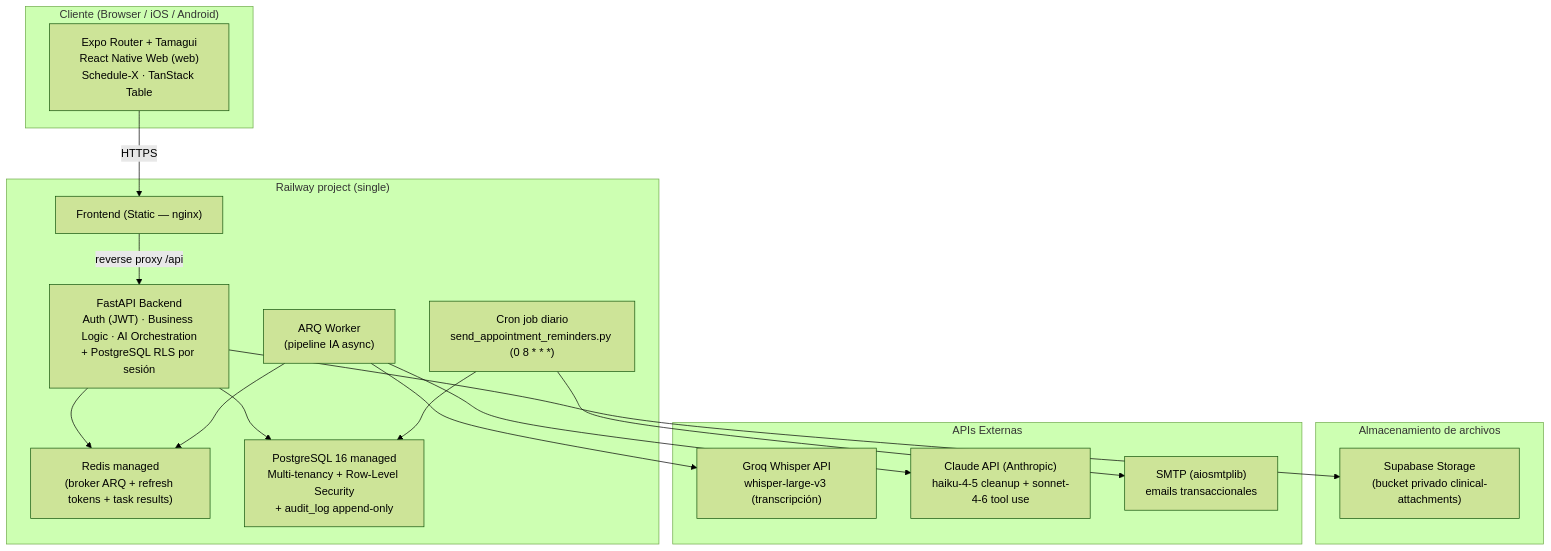
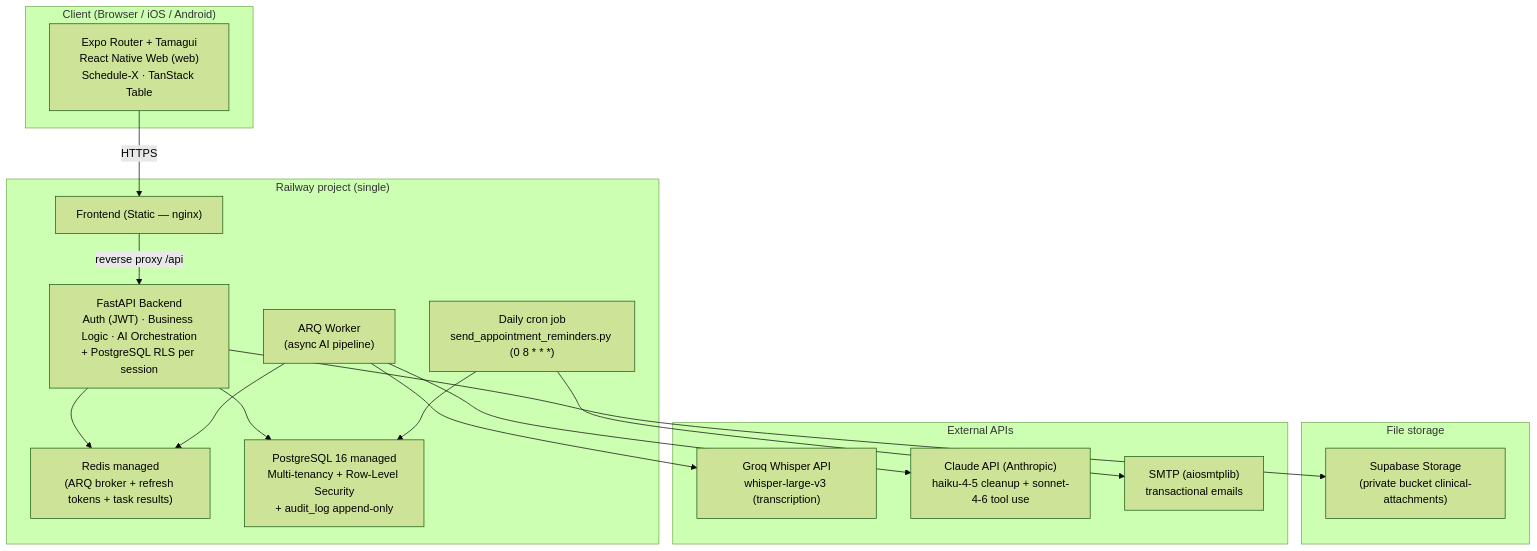
One commit to LIDR-academy/AI4Devs-finalproject changed the first of 3 diagrams in readme.md. Above: the diagram before and after it, drawn with Mermaid (forest theme). The commit also changed other lines of this file and 1 other file, not shown here.

````diff
--- a/readme.md
+++ b/readme.md
@@ -131,36 +131,36 @@
 ```mermaid
 flowchart TD
-  subgraph Client["Cliente (Browser / iOS / Android)"]
+  subgraph Client["Client (Browser / iOS / Android)"]
     FE["Expo Router + Tamagui<br/>React Native Web (web)<br/>Schedule-X · TanStack Table"]
   end
 
   subgraph Railway["Railway project (single)"]
     STATIC["Frontend (Static — nginx)"]
-    API["FastAPI Backend<br/>Auth (JWT) · Business Logic · AI Orchestration<br/>+ PostgreSQL RLS por sesión"]
-    ARQ["ARQ Worker<br/>(pipeline IA async)"]
-    CRON["Cron job diario<br/>send_appointment_reminders.py (0 8 * * *)"]
-    RED["Redis managed<br/>(broker ARQ + refresh tokens + task results)"]
+    API["FastAPI Backend<br/>Auth (JWT) · Business Logic · AI Orchestration<br/>+ PostgreSQL RLS per session"]
+    ARQ["ARQ Worker<br/>(async AI pipeline)"]
+    CRON["Daily cron job<br/>send_appointment_reminders.py (0 8 * * *)"]
+    RED["Redis managed<br/>(ARQ broker + refresh tokens + task results)"]
     PG["PostgreSQL 16 managed<br/>Multi-tenancy + Row-Level Security<br/>+ audit_log append-only"]
   end
 
-  subgraph Storage["Almacenamiento de archivos"]
-    S3["Supabase Storage<br/>(bucket privado clinical-attachments)"]
+  subgraph Storage["File storage"]
+    S3["Supabase Storage<br/>(private bucket clinical-attachments)"]
   end
 
-  subgraph External["APIs Externas"]
-    WHISPER["Groq Whisper API<br/>whisper-large-v3 (transcripción)"]
+  subgraph External["External APIs"]
+    WHISPER["Groq Whisper API<br/>whisper-large-v3 (transcription)"]
     CLAUDE["Claude API (Anthropic)<br/>haiku-4-5 cleanup + sonnet-4-6 tool use"]
-    SMTP["SMTP (aiosmtplib)<br/>emails transaccionales"]
+    SMTP["SMTP (aiosmtplib)<br/>transactional emails"]
   end
 
   FE -->|HTTPS| STATIC
   STATIC -->|reverse proxy /api| API
   API --> PG
   API --> S3
   API --> RED
   ARQ --> RED
   ARQ --> WHISPER
   ARQ --> CLAUDE
   CRON --> PG
   CRON --> SMTP
 ```
````
